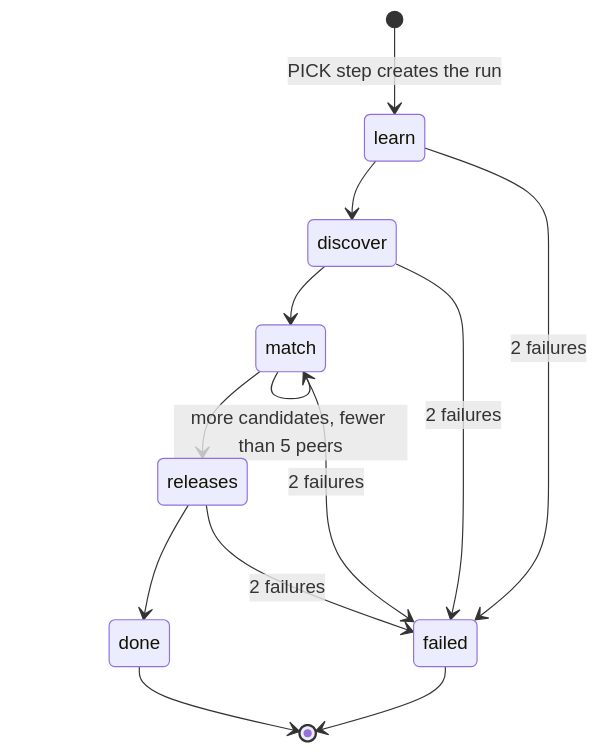
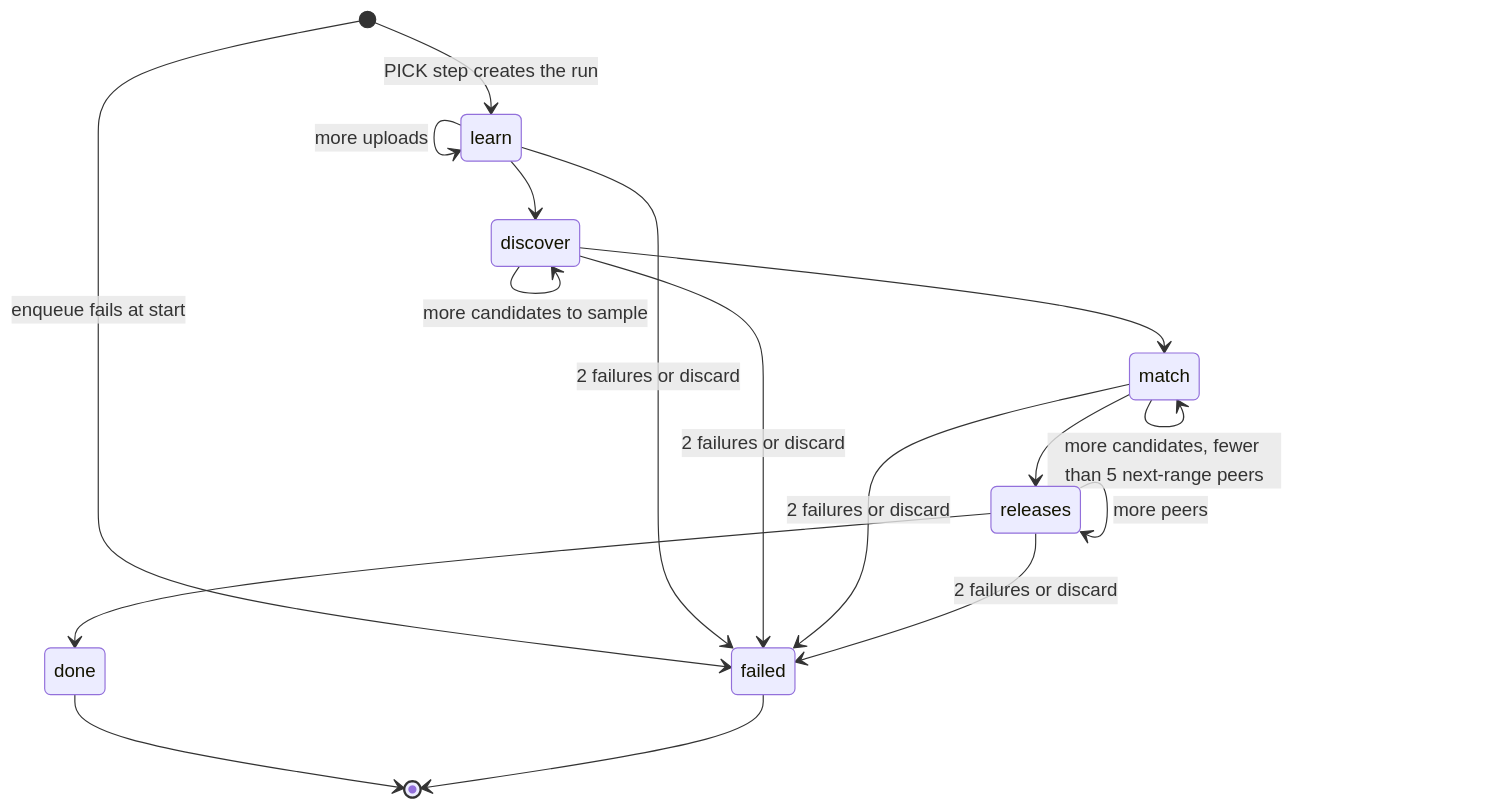
Before and after one commit to anchildress1/soundboard: the diagram in specs/006-fanbase-learning/data-model.md, drawn with Mermaid. The commit also changed other lines of this file and 6 other files, not shown here.

````diff
--- a/specs/006-fanbase-learning/data-model.md
+++ b/specs/006-fanbase-learning/data-model.md
@@ -139,21 +143,25 @@
 ```mermaid
 ---
 config:
   theme: default
 ---
 stateDiagram-v2
   accTitle: Research run stages
-  accDescr: A run starts at learn when the pick step creates it, moves through discover, match and releases, one claimed delivery per stage, and ends done. Two consecutive failures in any stage end it failed. Waits keep the stage and schedule the next delivery later.
+  accDescr: A run starts at learn when the pick step creates it, moves through discover, match and releases, one claimed batch per delivery with a committed cursor, and ends done. Two consecutive failures or zero-progress batches end it failed, as do an enqueue failure at start and a discard.
   [*] --> learn: PICK step creates the run
+  [*] --> failed: enqueue fails at start
+  learn --> learn: more uploads
   learn --> discover
+  discover --> discover: more candidates to sample
   discover --> match
-  match --> match: more candidates, fewer than 5 peers
+  match --> match: more candidates, fewer than 5 next-range peers
   match --> releases
+  releases --> releases: more peers
   releases --> done
-  learn --> failed: 2 failures
-  discover --> failed: 2 failures
-  match --> failed: 2 failures
-  releases --> failed: 2 failures
+  learn --> failed: 2 failures or discard
+  discover --> failed: 2 failures or discard
+  match --> failed: 2 failures or discard
+  releases --> failed: 2 failures or discard
   done --> [*]
   failed --> [*]
 ```
````
